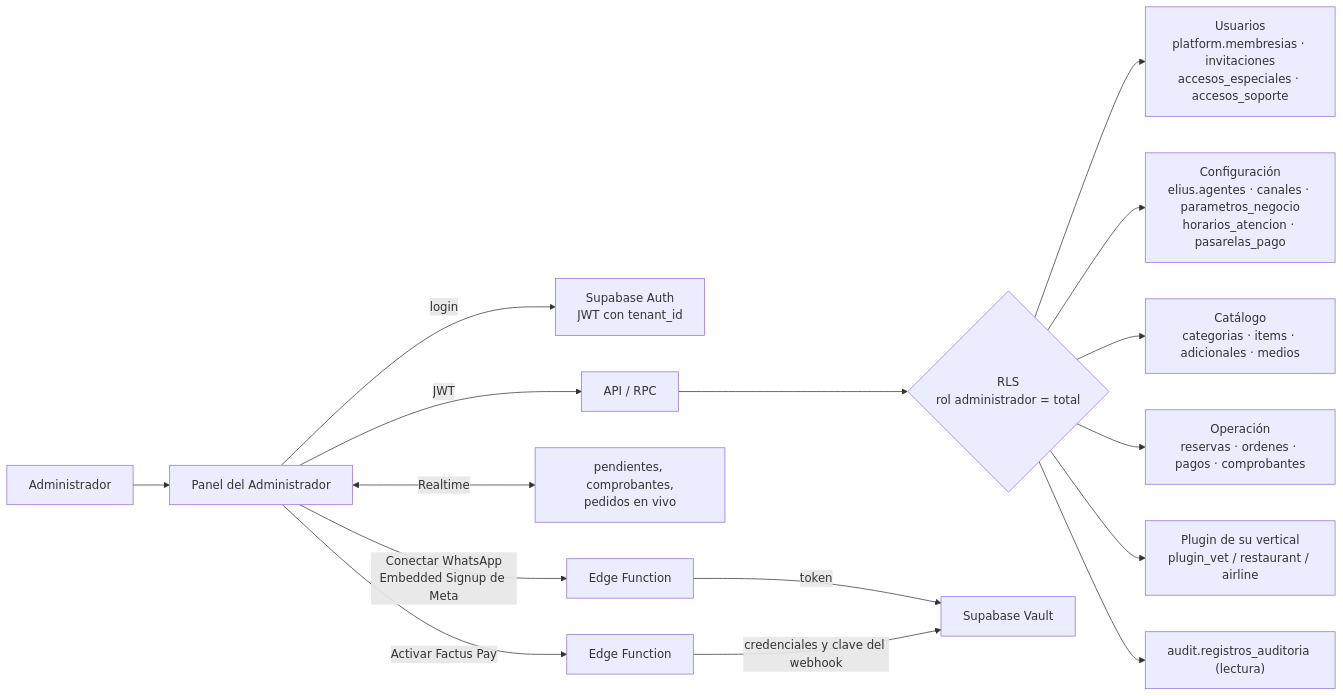
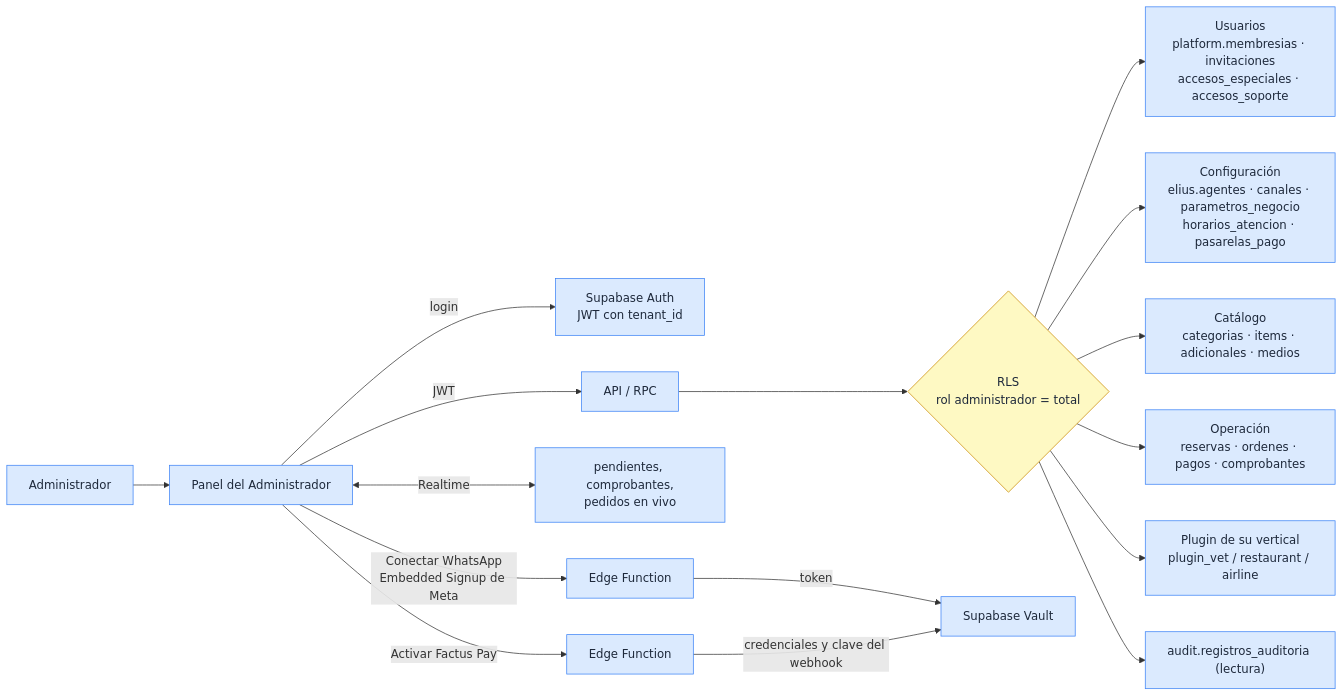
Before and after one commit to svzapatac/Elius: the diagram in docs/02_arquitectura/02_panel_administrador.md, drawn with Mermaid. The commit also changed 46 other files, not shown here.

````diff
--- a/docs/02_arquitectura/02_panel_administrador.md
+++ b/docs/02_arquitectura/02_panel_administrador.md
@@ -5,18 +5,22 @@
 ```mermaid
 flowchart LR
   AD["Administrador"] --> PA["Panel del Administrador"]
   PA -->|"login"| AUTH["Supabase Auth<br/>JWT con tenant_id"]
   PA -->|"JWT"| API["API / RPC"]
   PA <-->|"Realtime"| RT["pendientes, comprobantes,<br/>pedidos en vivo"]
   API --> SEC{"RLS<br/>rol administrador = total"}
   SEC --> U["Usuarios<br/>platform.membresias · invitaciones<br/>accesos_especiales · accesos_soporte"]
   SEC --> C["Configuración<br/>elius.agentes · canales · parametros_negocio<br/>horarios_atencion · pasarelas_pago"]
   SEC --> K["Catálogo<br/>categorias · items · adicionales · medios"]
   SEC --> O["Operación<br/>reservas · ordenes · pagos · comprobantes"]
   SEC --> PL["Plugin de su vertical<br/>plugin_vet / restaurant / airline"]
   SEC --> AU["audit.registros_auditoria (lectura)"]
   PA -->|"Conectar WhatsApp<br/>Embedded Signup de Meta"| EF["Edge Function"]
   EF -->|"token"| VA["Supabase Vault"]
   PA -->|"Activar Factus Pay"| EF2["Edge Function"]
   EF2 -->|"credenciales y clave del webhook"| VA
+  classDef default fill:#dbeafe,stroke:#3b82f6,color:#1e293b
+  classDef dec fill:#fef9c3,stroke:#ca8a04,color:#1e293b
+  classDef ok fill:#dcfce7,stroke:#16a34a,color:#1e293b
+  class SEC dec
 ```
````
